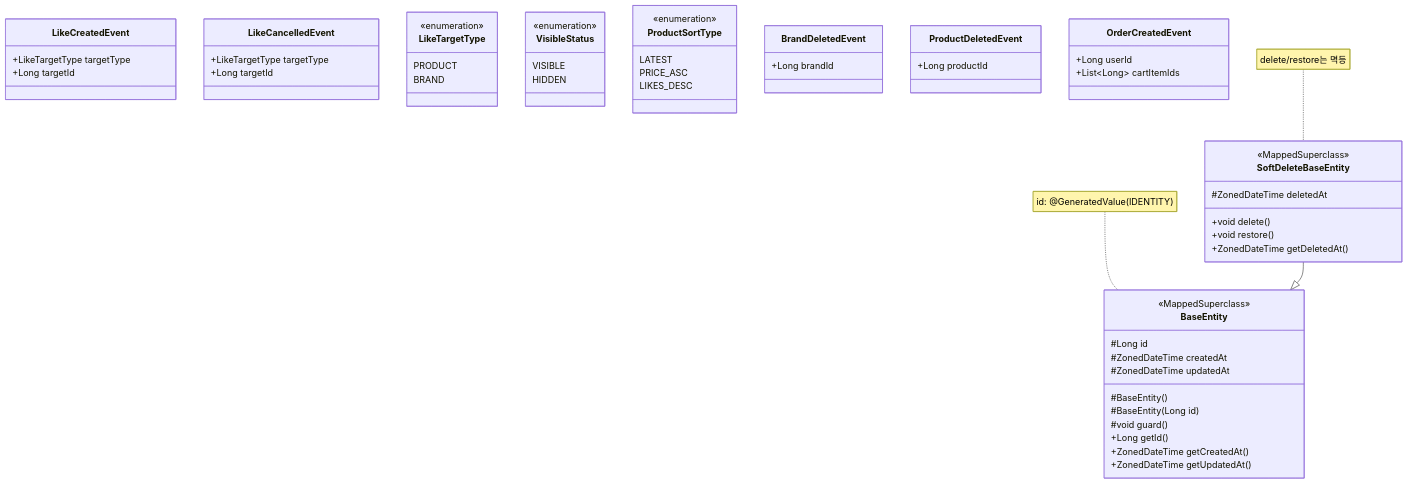
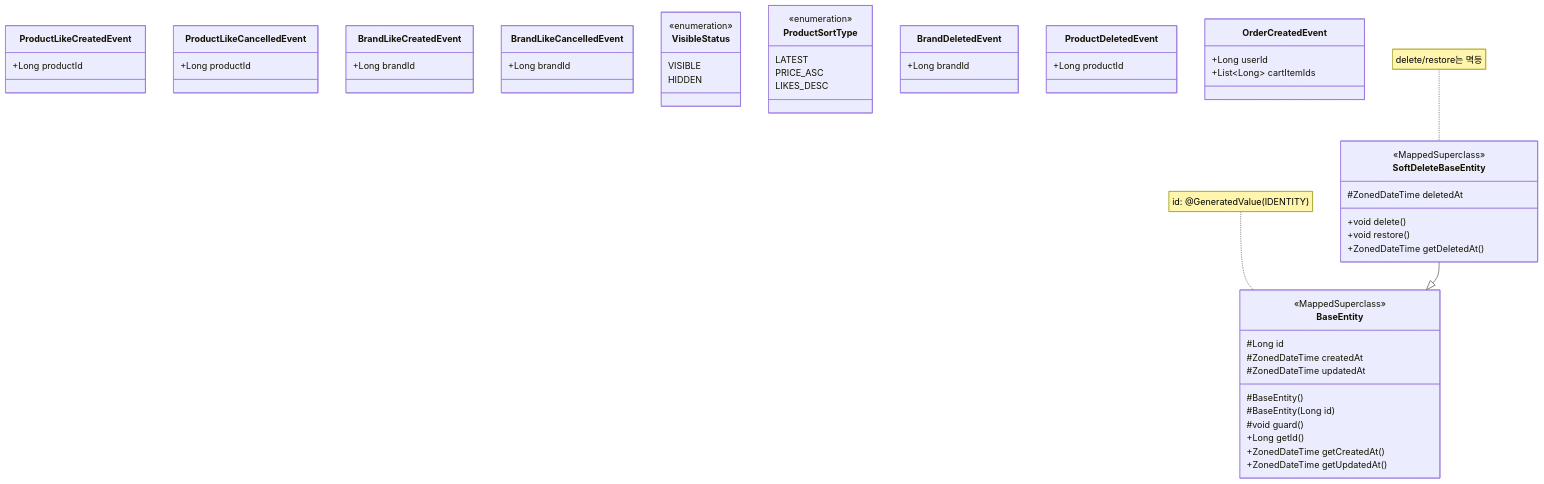
Before and after one commit to Hwan0518/loop-pack-be-l2-vol3-java: the first of 8 diagrams in docs/design/03-class-diagram.md, drawn with Mermaid. The commit also changed other lines of this file and 13 other files, not shown here.

````diff
--- a/docs/design/03-class-diagram.md
+++ b/docs/design/03-class-diagram.md
@@ -77,69 +80,69 @@
 ```mermaid
 classDiagram
     class BaseEntity {
         <<MappedSuperclass>>
         #Long id
         #ZonedDateTime createdAt
         #ZonedDateTime updatedAt
         #BaseEntity()
         #BaseEntity(Long id)
         #void guard()
         +Long getId()
         +ZonedDateTime getCreatedAt()
         +ZonedDateTime getUpdatedAt()
     }
 
     class SoftDeleteBaseEntity {
         <<MappedSuperclass>>
         #ZonedDateTime deletedAt
         +void delete()
         +void restore()
         +ZonedDateTime getDeletedAt()
     }
     SoftDeleteBaseEntity --|> BaseEntity
 
-    class LikeCreatedEvent {
-        +LikeTargetType targetType
-        +Long targetId
+    class ProductLikeCreatedEvent {
+        +Long productId
     }
 
-    class LikeCancelledEvent {
-        +LikeTargetType targetType
-        +Long targetId
+    class ProductLikeCancelledEvent {
+        +Long productId
     }
 
-    class LikeTargetType {
-        <<enumeration>>
-        PRODUCT
-        BRAND
+    class BrandLikeCreatedEvent {
+        +Long brandId
+    }
+
+    class BrandLikeCancelledEvent {
+        +Long brandId
     }
 
     class VisibleStatus {
         <<enumeration>>
         VISIBLE
         HIDDEN
     }
 
     class ProductSortType {
         <<enumeration>>
         LATEST
         PRICE_ASC
         LIKES_DESC
     }
 
     class BrandDeletedEvent {
         +Long brandId
     }
 
     class ProductDeletedEvent {
         +Long productId
     }
 
     class OrderCreatedEvent {
         +Long userId
         +List~Long~ cartItemIds
     }
 
     note for BaseEntity "id: @GeneratedValue(IDENTITY)"
     note for SoftDeleteBaseEntity "delete/restore는 멱등"
 ```
````
